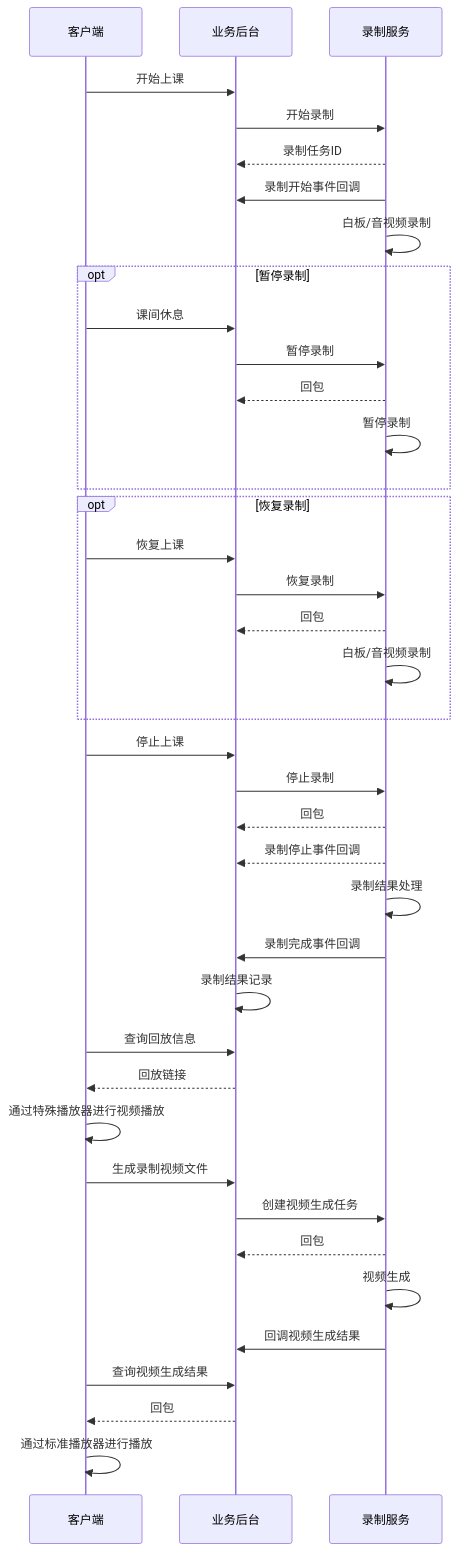
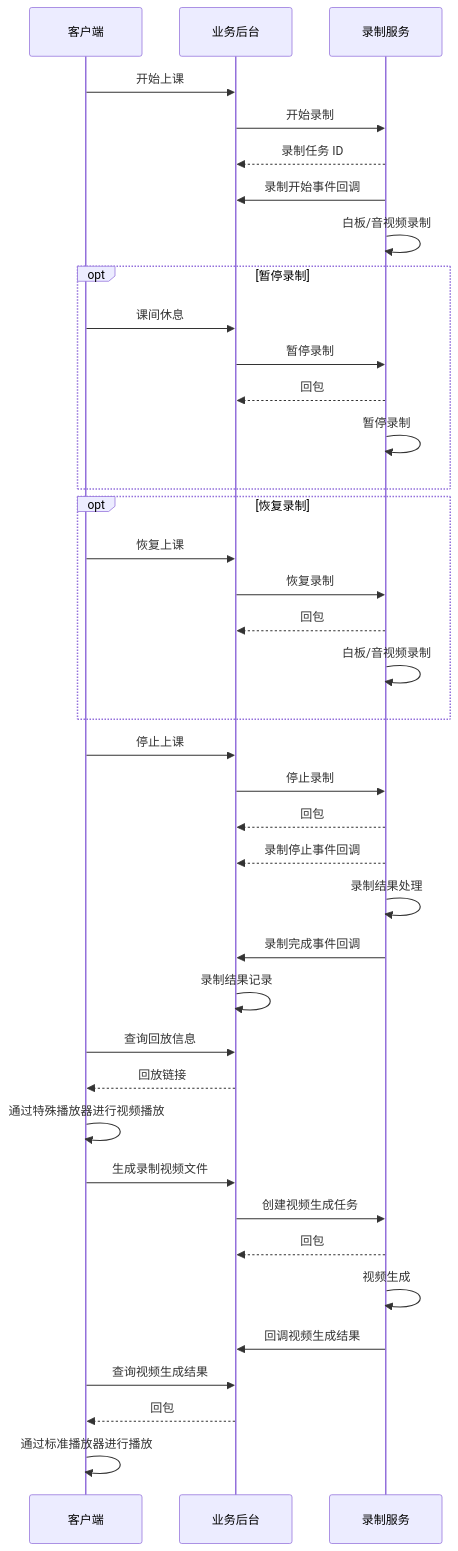
Before and after one commit to tencentyun/qcloud-documents: the second of 3 diagrams in product/大数据与AI/互动白板/开发指南/录制回放/接入流程.md, drawn with Mermaid. The commit also changed other lines of this file, not shown here.

````diff
--- a/product/大数据与AI/互动白板/开发指南/录制回放/接入流程.md
+++ b/product/大数据与AI/互动白板/开发指南/录制回放/接入流程.md
@@ -59,50 +59,50 @@
 ```mermaid
 sequenceDiagram
 
 participant Client as 客户端
 participant Business as 业务后台
 participant Recorder as 录制服务
 
 Client ->> Business : 开始上课
 Business ->> Recorder : 开始录制
-Recorder -->> Business : 录制任务ID
+Recorder -->> Business : 录制任务 ID
 Recorder ->> Business: 录制开始事件回调
 Recorder ->> Recorder: 白板/音视频录制
 
 opt 暂停录制
 Client ->> Business : 课间休息
 Business ->> Recorder : 暂停录制
 Recorder -->> Business : 回包
 Recorder ->> Recorder : 暂停录制
 end
 
 opt 恢复录制
 Client ->> Business  : 恢复上课
 Business ->> Recorder : 恢复录制
 Recorder -->> Business : 回包
 Recorder ->> Recorder : 白板/音视频录制
 end
 
 Client ->> Business  : 停止上课
 Business ->> Recorder : 停止录制
 Recorder -->> Business  : 回包
 Recorder -->> Business : 录制停止事件回调
 
 Recorder ->> Recorder : 录制结果处理
 Recorder ->> Business : 录制完成事件回调
 Business ->> Business : 录制结果记录
 
 Client ->> Business : 查询回放信息
 Business -->> Client : 回放链接
 Client ->> Client : 通过特殊播放器进行视频播放  
 
 Client ->> Business : 生成录制视频文件
 Business ->> Recorder : 创建视频生成任务
 Recorder -->> Business : 回包
 Recorder ->> Recorder : 视频生成
 Recorder ->> Business : 回调视频生成结果
 
 Client ->> Business : 查询视频生成结果
 Business -->> Client : 回包
 Client ->> Client: 通过标准播放器进行播放
 ```
````
